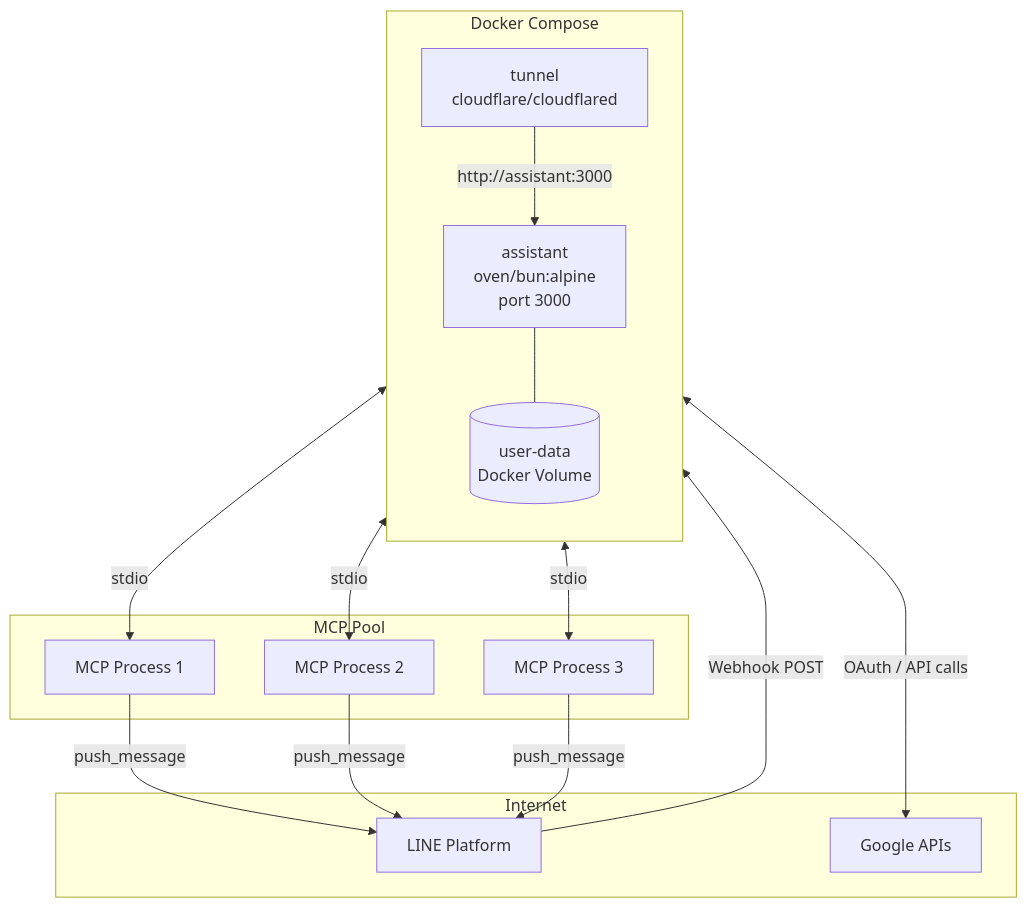
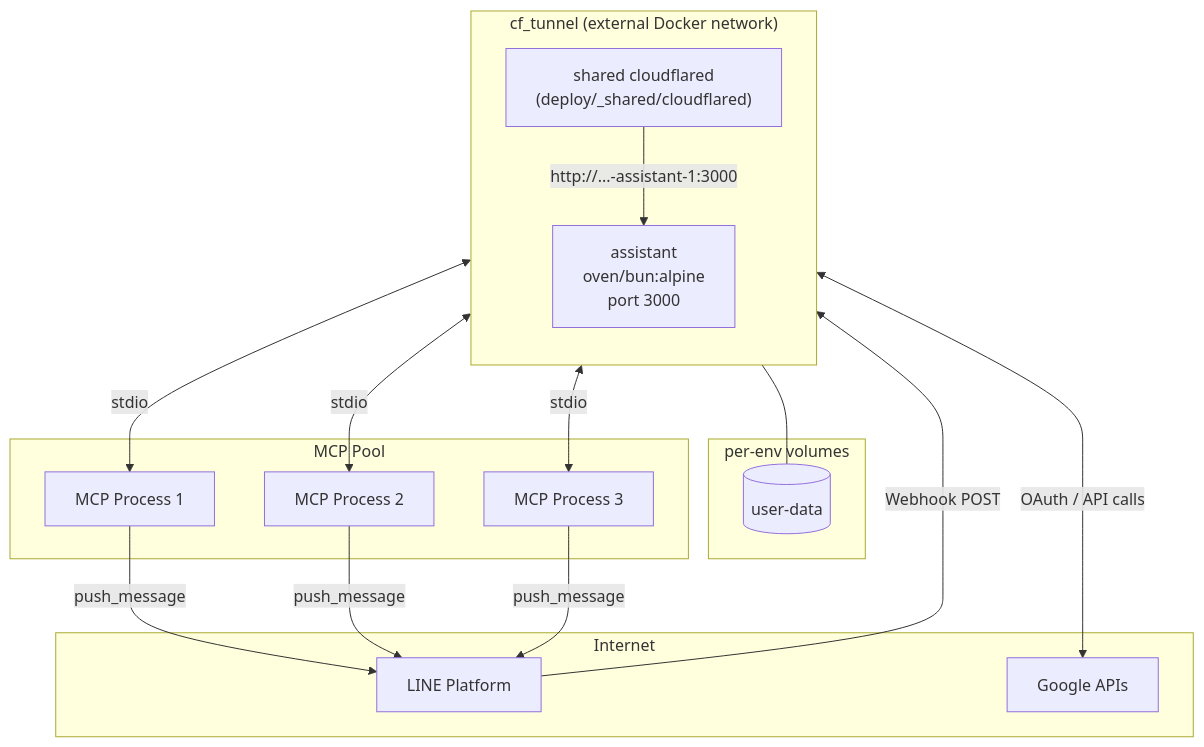
The diagram in docs/deployment/docker.md (Sana-Labo/sanalabo-automation), drawn with Mermaid before and after one commit. The commit also changed other lines of this file and 22 other files, not shown here.

First line of the commit message:
release: Phase 4 CI/CD 완결 — self-hosted runner + Vault + shared tunnel + prod 배포 (#62)

````diff
--- a/docs/deployment/docker.md
+++ b/docs/deployment/docker.md
@@ -11,27 +11,30 @@
 ```mermaid
 flowchart TB
     subgraph Internet
         LINE[LINE Platform]
         GAPI[Google APIs]
     end
 
-    subgraph Docker Compose
+    subgraph "cf_tunnel (external Docker network)"
         direction TB
-        CF[tunnel\ncloudflare/cloudflared]
-        APP[assistant\noven/bun:alpine\nport 3000]
-        VOL[(user-data\nDocker Volume)]
+        CF["shared cloudflared\n(deploy/_shared/cloudflared)"]
+        APP["assistant\noven/bun:alpine\nport 3000"]
+    end
+
+    subgraph "per-env volumes"
+        VOL[(user-data)]
     end
 
     subgraph MCP Pool
         M1[MCP Process 1]
         M2[MCP Process 2]
         M3[MCP Process 3]
     end
 
     LINE -->|Webhook POST| CF
-    CF -->|http://assistant:3000| APP
+    CF -->|http://...-assistant-1:3000| APP
     APP <-->|OAuth / API calls| GAPI
     APP --- VOL
     APP <-->|stdio| M1 & M2 & M3
     M1 & M2 & M3 -->|push_message| LINE
 ```
````
